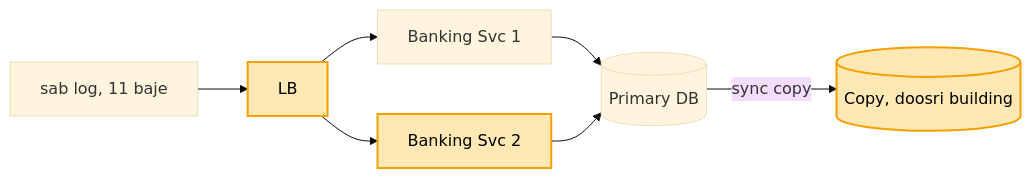
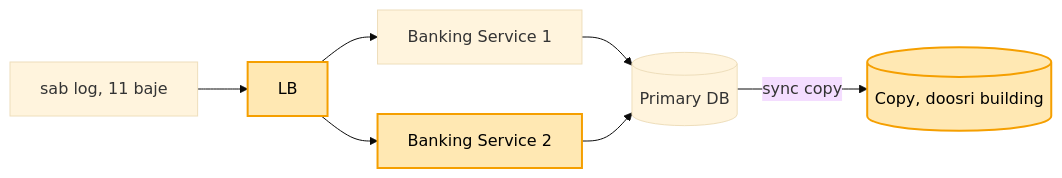
The seventh of 10 diagrams in 04_HLD/SYSTEM_DESIGNS/13_banking_system/13_banking_system.md (ArpanMaheshwari144/Prep), drawn with Mermaid (base theme) before and after one commit. The commit also changed other lines of this file and 8 other files, not shown here.

````diff
--- a/04_HLD/SYSTEM_DESIGNS/13_banking_system/13_banking_system.md
+++ b/04_HLD/SYSTEM_DESIGNS/13_banking_system/13_banking_system.md
@@ -270,10 +270,10 @@
 ```mermaid
 flowchart LR
     U["sab log, 11 baje"] --> LB["LB"]
-    LB --> S1["Banking Svc 1"] & S2["Banking Svc 2"]
+    LB --> S1["Banking Service 1"] & S2["Banking Service 2"]
     S1 & S2 --> P[("Primary DB")]
     P -- "sync copy" --> C[("Copy, doosri building")]
     style LB fill:#ffe8b3,stroke:#f59f00,stroke-width:2px,color:#000
     style S2 fill:#ffe8b3,stroke:#f59f00,stroke-width:2px,color:#000
     style C fill:#ffe8b3,stroke:#f59f00,stroke-width:2px,color:#000
 ```
````
